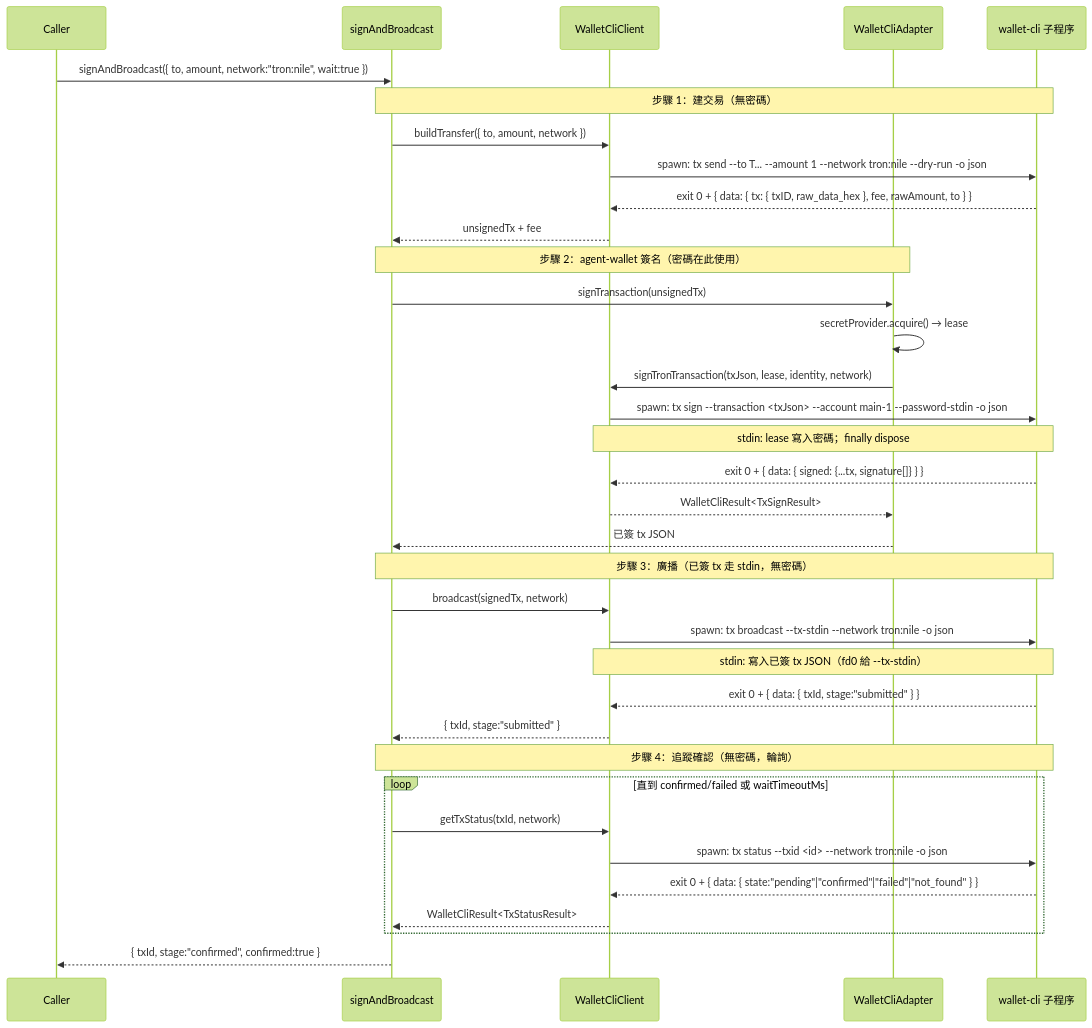
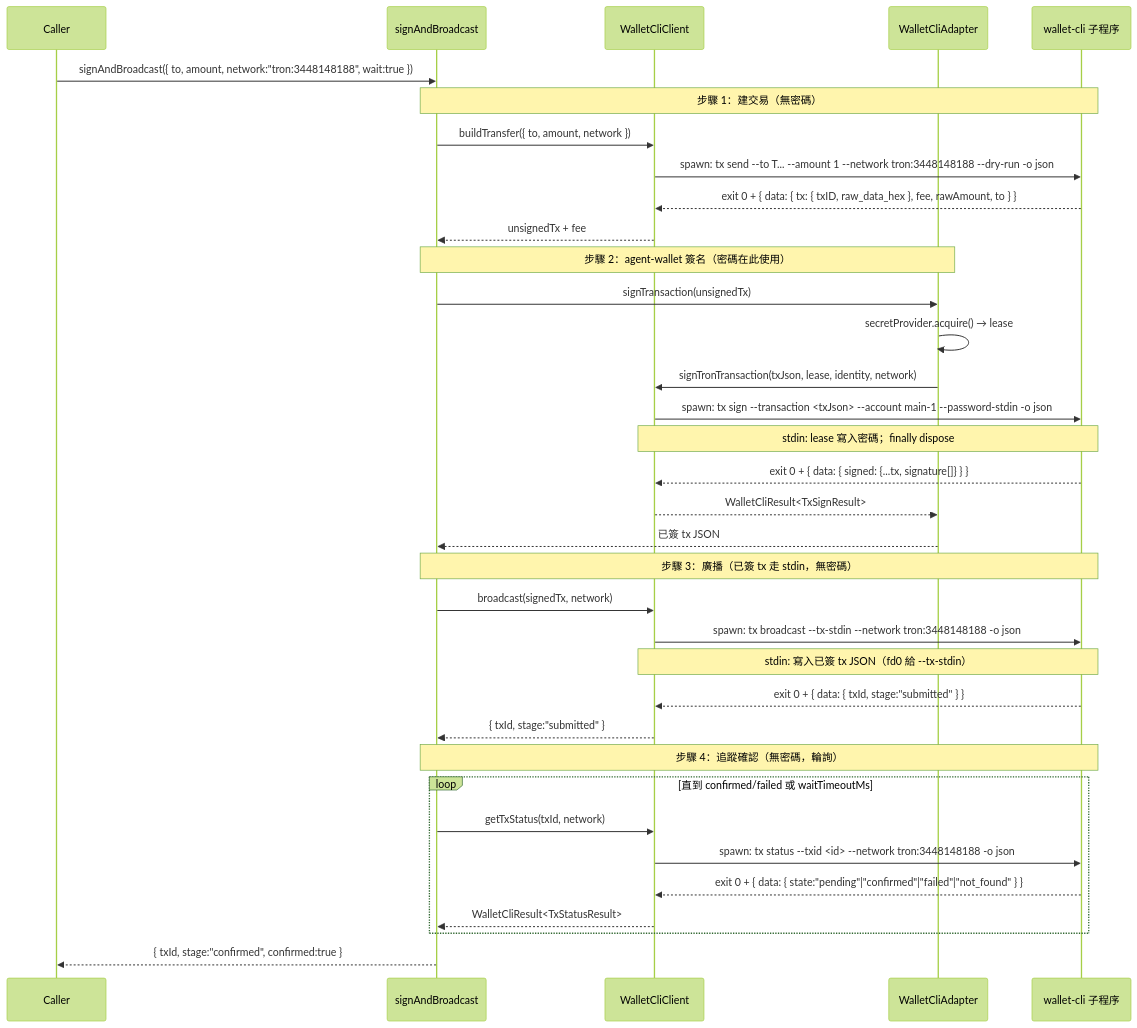
The fifth of 5 diagrams in .kiro/specs/wallet-cli-integration/design.md (BofAI/agent-wallet), drawn with Mermaid (forest theme) before and after one commit. The commit also changed other lines of this file and 56 other files, not shown here.

````diff
--- a/.kiro/specs/wallet-cli-integration/design.md
+++ b/.kiro/specs/wallet-cli-integration/design.md
@@ -691,42 +691,42 @@
 ```mermaid
 sequenceDiagram
   participant App as Caller
   participant Orch as signAndBroadcast
   participant Client as WalletCliClient
   participant Signer as WalletCliAdapter
   participant Cli as wallet-cli 子程序
 
-  App->>Orch: signAndBroadcast({ to, amount, network:"tron:nile", wait:true })
+  App->>Orch: signAndBroadcast({ to, amount, network:"tron:3448148188", wait:true })
 
   Note over Orch,Cli: 步驟 1：建交易（無密碼）
   Orch->>Client: buildTransfer({ to, amount, network })
-  Client->>Cli: spawn: tx send --to T... --amount 1 --network tron:nile --dry-run -o json
+  Client->>Cli: spawn: tx send --to T... --amount 1 --network tron:3448148188 --dry-run -o json
   Cli-->>Client: exit 0 + { data: { tx: { txID, raw_data_hex }, fee, rawAmount, to } }
   Client-->>Orch: unsignedTx + fee
 
   Note over Orch,Signer: 步驟 2：agent-wallet 簽名（密碼在此使用）
   Orch->>Signer: signTransaction(unsignedTx)
   Signer->>Signer: secretProvider.acquire() → lease
   Signer->>Client: signTronTransaction(txJson, lease, identity, network)
   Client->>Cli: spawn: tx sign --transaction <txJson> --account main-1 --password-stdin -o json
   Note over Client,Cli: stdin: lease 寫入密碼；finally dispose
   Cli-->>Client: exit 0 + { data: { signed: {...tx, signature[]} } }
   Client-->>Signer: WalletCliResult<TxSignResult>
   Signer-->>Orch: 已簽 tx JSON
 
   Note over Orch,Cli: 步驟 3：廣播（已簽 tx 走 stdin，無密碼）
   Orch->>Client: broadcast(signedTx, network)
-  Client->>Cli: spawn: tx broadcast --tx-stdin --network tron:nile -o json
+  Client->>Cli: spawn: tx broadcast --tx-stdin --network tron:3448148188 -o json
   Note over Client,Cli: stdin: 寫入已簽 tx JSON（fd0 給 --tx-stdin）
   Cli-->>Client: exit 0 + { data: { txId, stage:"submitted" } }
   Client-->>Orch: { txId, stage:"submitted" }
 
   Note over Orch,Cli: 步驟 4：追蹤確認（無密碼，輪詢）
   loop 直到 confirmed/failed 或 waitTimeoutMs
     Orch->>Client: getTxStatus(txId, network)
-    Client->>Cli: spawn: tx status --txid <id> --network tron:nile -o json
+    Client->>Cli: spawn: tx status --txid <id> --network tron:3448148188 -o json
     Cli-->>Client: exit 0 + { data: { state:"pending"|"confirmed"|"failed"|"not_found" } }
     Client-->>Orch: WalletCliResult<TxStatusResult>
   end
   Orch-->>App: { txId, stage:"confirmed", confirmed:true }
 ```
````
